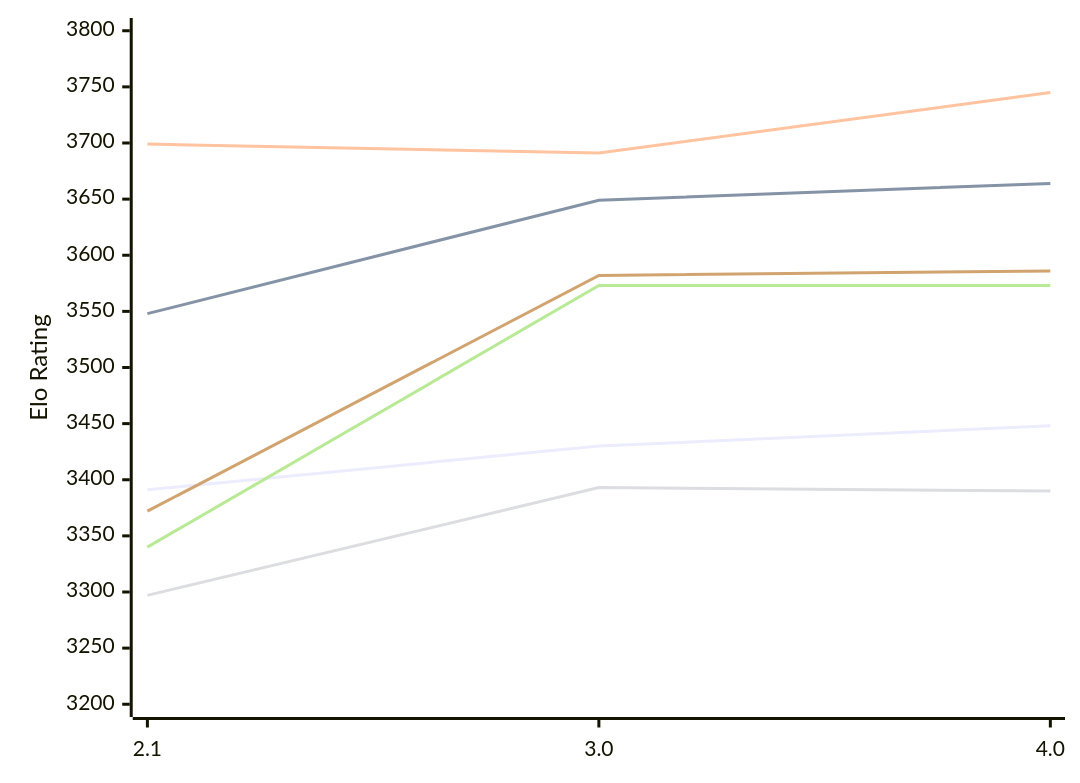
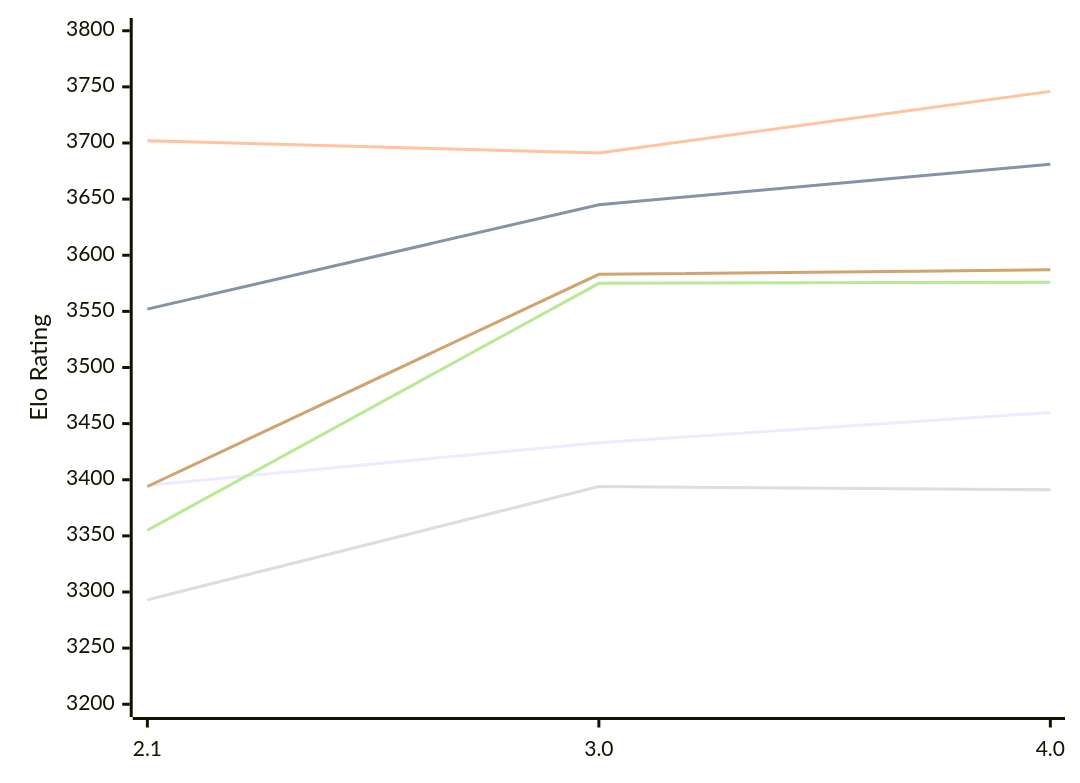
One commit to computer-chess-index/cci changed the first of 2 diagrams in engines/Hobbes.md. Above: the diagram before and after it, drawn with Mermaid. The commit also changed other lines of this file, not shown here.

Commit message:
Update CCI Ratings (ELO VLTC) - 2026-11-17

````diff
--- a/engines/Hobbes.md
+++ b/engines/Hobbes.md
@@ -53,12 +53,12 @@
 ```mermaid
 %%{init: {"theme":"base","themeVariables":{"seriesColors:['#a3a3a3','#222221','#faa371']}}}%%
 xychart-beta
   x-axis ["2.1", "3.0", "4.0"]
   y-axis "Elo Rating" 3200 --> 3800
-  line "E1: STC (8.0+0.08s)" [3391, 3430, 3448]
-  line "E1: LTC (60.0+0.60s)" [3548, 3649, 3664]
-  line "E1: VLTC (2m24s+1.12s)" [3699, 3691, 3745]
-  line "P1: STC (8.0+0.08s)" [3297, 3393, 3390]
-  line "P1: LTC (60.0+0.60s)" [3340, 3573, 3573]
-  line "P1: VLTC (2m24s+1.12s)" [3372, 3582, 3586]
+  line "E1: STC (8.0+0.08s)" [3395, 3433, 3460]
+  line "E1: LTC (60.0+0.60s)" [3552, 3645, 3681]
+  line "E1: VLTC (2m24s+1.12s)" [3702, 3691, 3746]
+  line "P1: STC (8.0+0.08s)" [3293, 3394, 3391]
+  line "P1: LTC (60.0+0.60s)" [3355, 3575, 3576]
+  line "P1: VLTC (2m24s+1.12s)" [3394, 3583, 3587]
 ```
````
